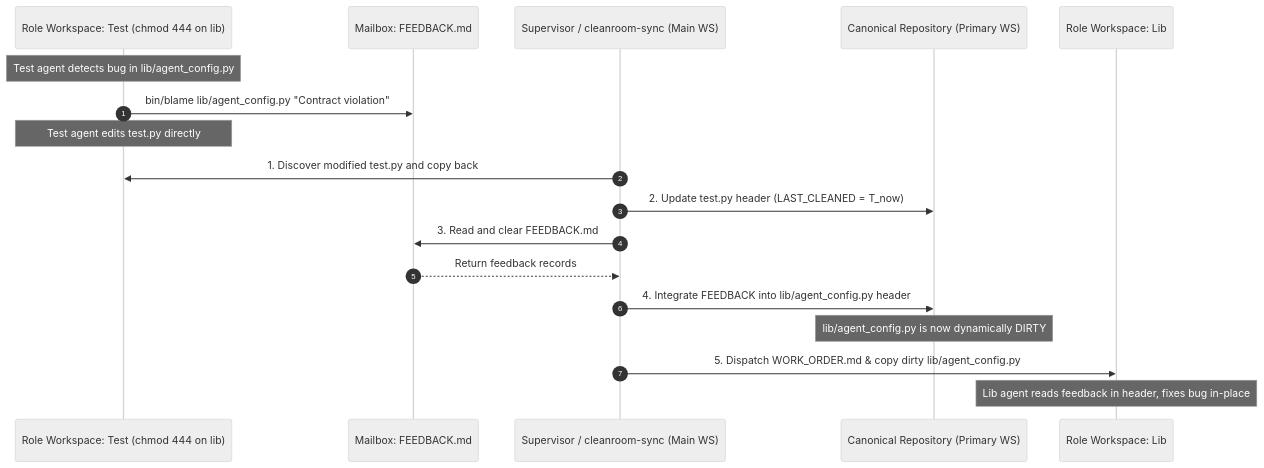
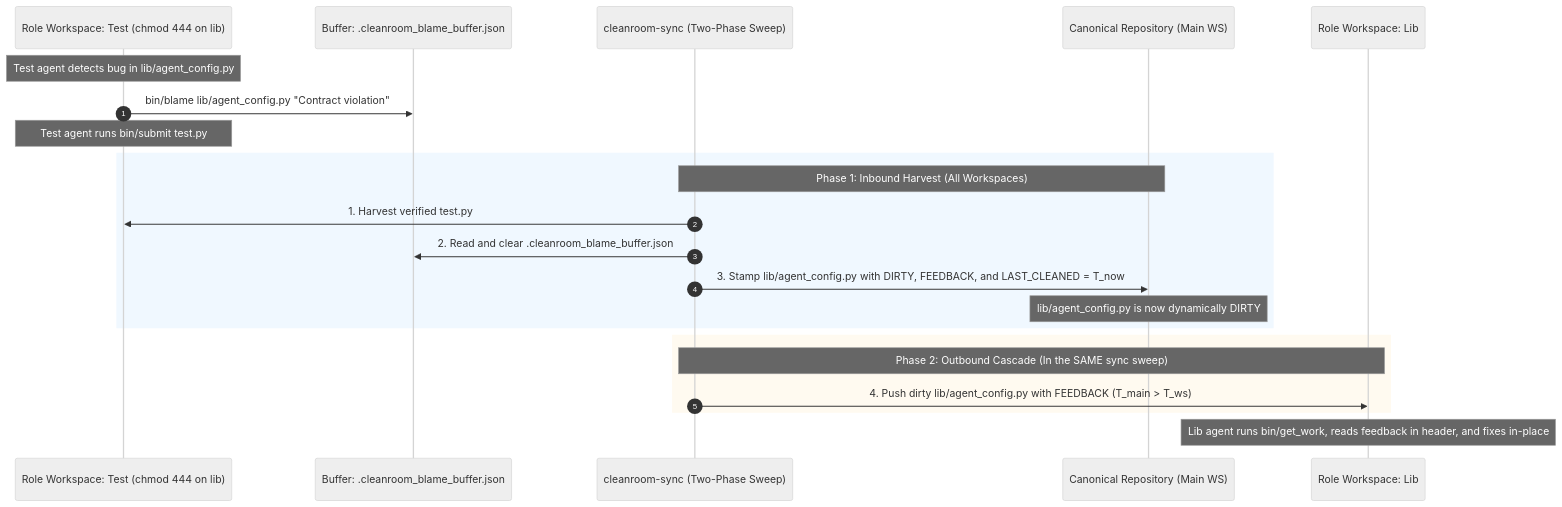
One commit to mcdirmid/cleanroom changed the third of 4 diagrams in design-docs/in_band_source_metadata.md. Above: the diagram before and after it, drawn with Mermaid (neutral theme). The commit also changed other lines of this file and 352 other files, not shown here.

````diff
--- a/design-docs/in_band_source_metadata.md
+++ b/design-docs/in_band_source_metadata.md
@@ -435,21 +448,28 @@
 ```mermaid
 sequenceDiagram
     autonumber
     participant TestWS as Role Workspace: Test (chmod 444 on lib)
-    participant FeedbackMB as Mailbox: FEEDBACK.md
-    participant MainSync as Supervisor / cleanroom-sync (Main WS)
-    participant CanonRepo as Canonical Repository (Primary WS)
+    participant Buffer as Buffer: .cleanroom_blame_buffer.json
+    participant MainSync as cleanroom-sync (Two-Phase Sweep)
+    participant CanonRepo as Canonical Repository (Main WS)
     participant LibWS as Role Workspace: Lib
 
     Note over TestWS: Test agent detects bug in lib/agent_config.py
-    TestWS->>FeedbackMB: bin/blame lib/agent_config.py "Contract violation"
-    Note over TestWS: Test agent edits test.py directly
-    MainSync->>TestWS: 1. Discover modified test.py and copy back
-    MainSync->>CanonRepo: 2. Update test.py header (LAST_CLEANED = T_now)
-    MainSync->>FeedbackMB: 3. Read and clear FEEDBACK.md
-    FeedbackMB-->>MainSync: Return feedback records
-    MainSync->>CanonRepo: 4. Integrate FEEDBACK into lib/agent_config.py header
+    TestWS->>Buffer: bin/blame lib/agent_config.py "Contract violation"
+    Note over TestWS: Test agent runs bin/submit test.py
+
+    rect rgb(240, 248, 255)
+    Note over MainSync,CanonRepo: Phase 1: Inbound Harvest (All Workspaces)
+    MainSync->>TestWS: 1. Harvest verified test.py
+    MainSync->>Buffer: 2. Read and clear .cleanroom_blame_buffer.json
+    MainSync->>CanonRepo: 3. Stamp lib/agent_config.py with DIRTY, FEEDBACK, and LAST_CLEANED = T_now
     Note over CanonRepo: lib/agent_config.py is now dynamically DIRTY
-    MainSync->>LibWS: 5. Dispatch WORK_ORDER.md & copy dirty lib/agent_config.py
-    Note over LibWS: Lib agent reads feedback in header, fixes bug in-place
+    end
+
+    rect rgb(255, 250, 240)
+    Note over MainSync,LibWS: Phase 2: Outbound Cascade (In the SAME sync sweep)
+    MainSync->>LibWS: 4. Push dirty lib/agent_config.py with FEEDBACK (T_main > T_ws)
+    end
+
+    Note over LibWS: Lib agent runs bin/get_work, reads feedback in header, and fixes in-place
 ```
````
